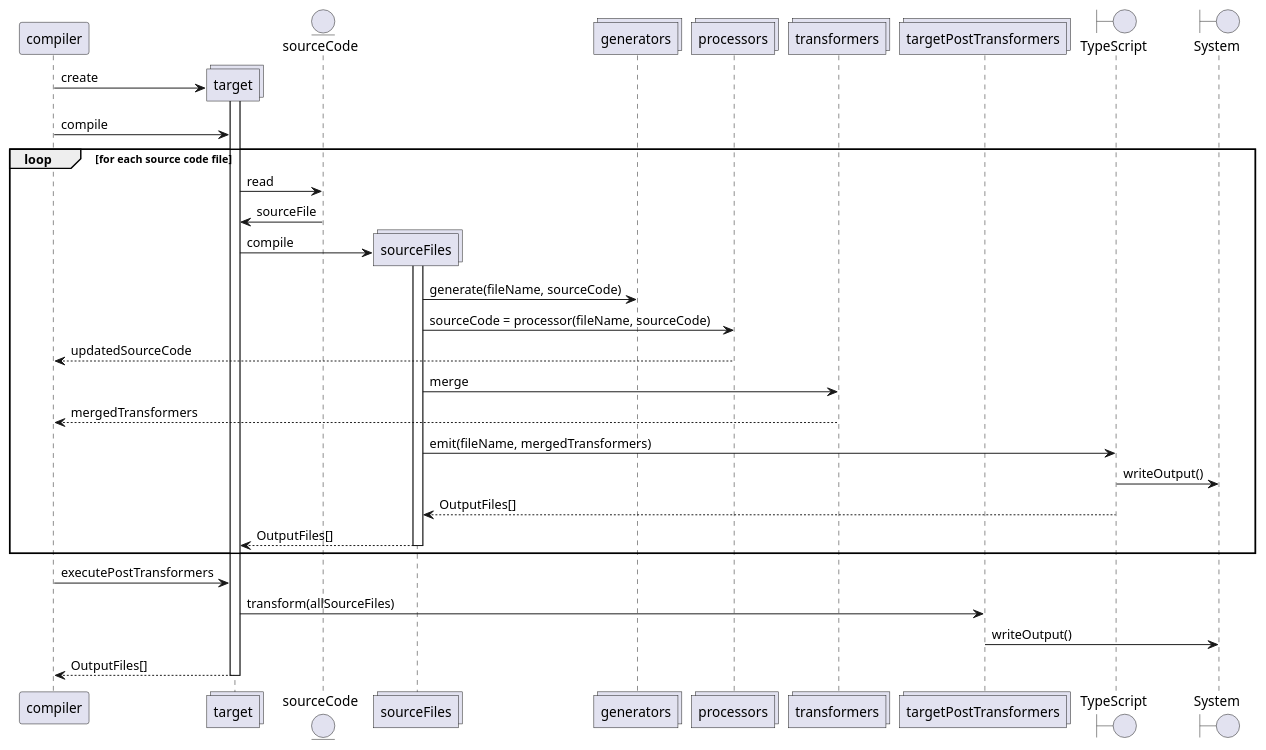
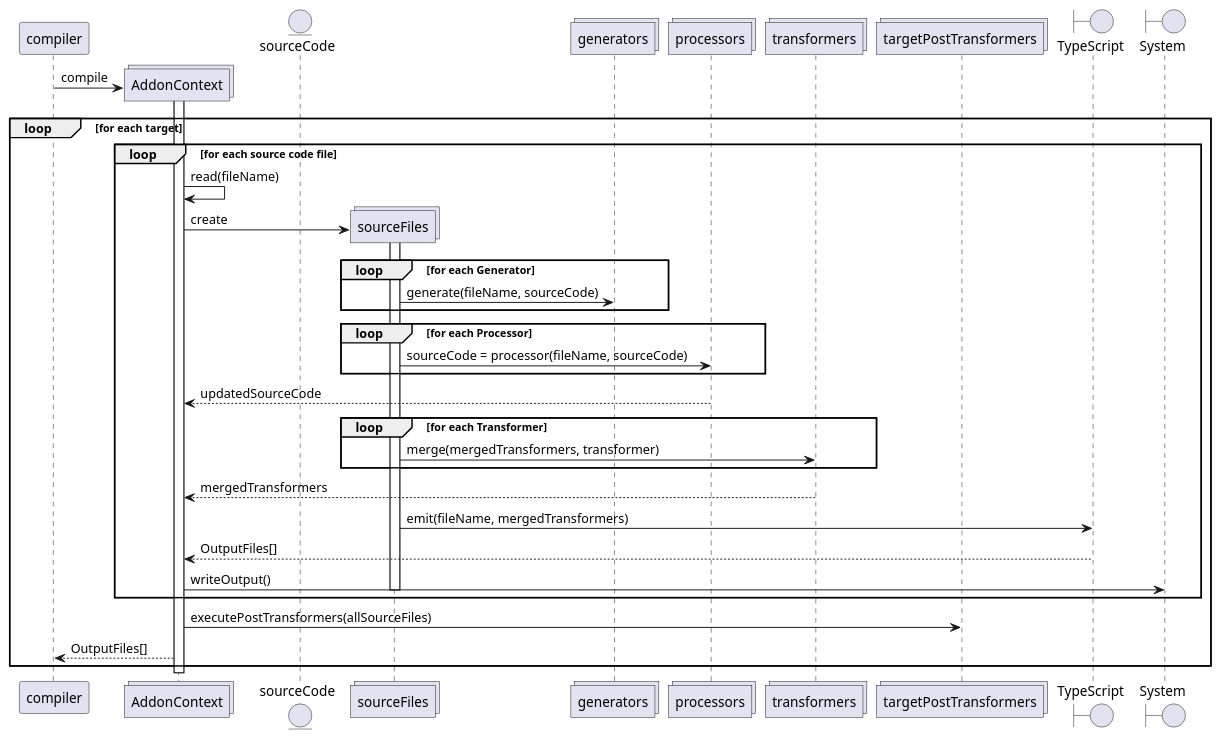
Before and after one commit to quatico-solutions/websmith: the diagram in packages/compiler/docs/write-your-own-addon.md, drawn with PlantUML. The commit also changed other lines of this file and 2 other files, not shown here.

Commit message:
d Updates write your own addon documentation

````diff
--- a/packages/compiler/docs/write-your-own-addon.md
+++ b/packages/compiler/docs/write-your-own-addon.md
@@ -44,42 +691,45 @@
 ```plantuml
 @startuml
 participant compiler
-collections target
+collections AddonContext
 entity sourceCode
 collections sourceFiles
 collections generators
 collections processors
 collections transformers
 collections targetPostTransformers
 boundary TypeScript
 boundary System
 
     create sourceCode
-    create target
-    compiler -> target: create
-    activate target
-    compiler -> target: compile
-loop for each source code file
-    target -> sourceCode: read
-    sourceCode -> target: sourceFile
-    create sourceFiles
-    target -> sourceFiles: compile
-    activate sourceFiles
-    sourceFiles -> generators: generate(fileName, sourceCode)
-    sourceFiles -> processors: sourceCode = processor(fileName, sourceCode)
-    processors --> compiler: updatedSourceCode
-    sourceFiles -> transformers: merge
-    transformers --> compiler: mergedTransformers
-    sourceFiles -> TypeScript: emit(fileName, mergedTransformers)
-    TypeScript -> System: writeOutput()
-    TypeScript --> sourceFiles: OutputFiles[]
-    sourceFiles --> target: OutputFiles[]
-    deactivate sourceFiles
-end
-    compiler -> target: executePostTransformers
-    target -> targetPostTransformers: transform(allSourceFiles)
-    targetPostTransformers -> System: writeOutput()
-    target --> compiler: OutputFiles[]
-    deactivate target
+    create AddonContext
+    compiler -> AddonContext: compile
+    activate AddonContext
+    loop for each target
+        loop for each source code file
+            AddonContext -> AddonContext: read(fileName)
+            create sourceFiles
+            AddonContext -> sourceFiles: create 
+            activate sourceFiles
+            loop for each Generator
+                sourceFiles -> generators: generate(fileName, sourceCode)
+            end
+            loop for each Processor
+                sourceFiles -> processors: sourceCode = processor(fileName, sourceCode)
+            end
+            processors --> AddonContext: updatedSourceCode
+            loop for each Transformer
+                sourceFiles -> transformers: merge(mergedTransformers, transformer)
+            end
+            transformers --> AddonContext: mergedTransformers
+            sourceFiles -> TypeScript: emit(fileName, mergedTransformers)
+            TypeScript --> AddonContext: OutputFiles[]
+            AddonContext -> System: writeOutput()
+            deactivate sourceFiles
+        end
+        AddonContext -> targetPostTransformers: executePostTransformers(allSourceFiles)
+        AddonContext --> compiler: OutputFiles[]
+    end
+    deactivate AddonContext
 @enduml
 ```
````
